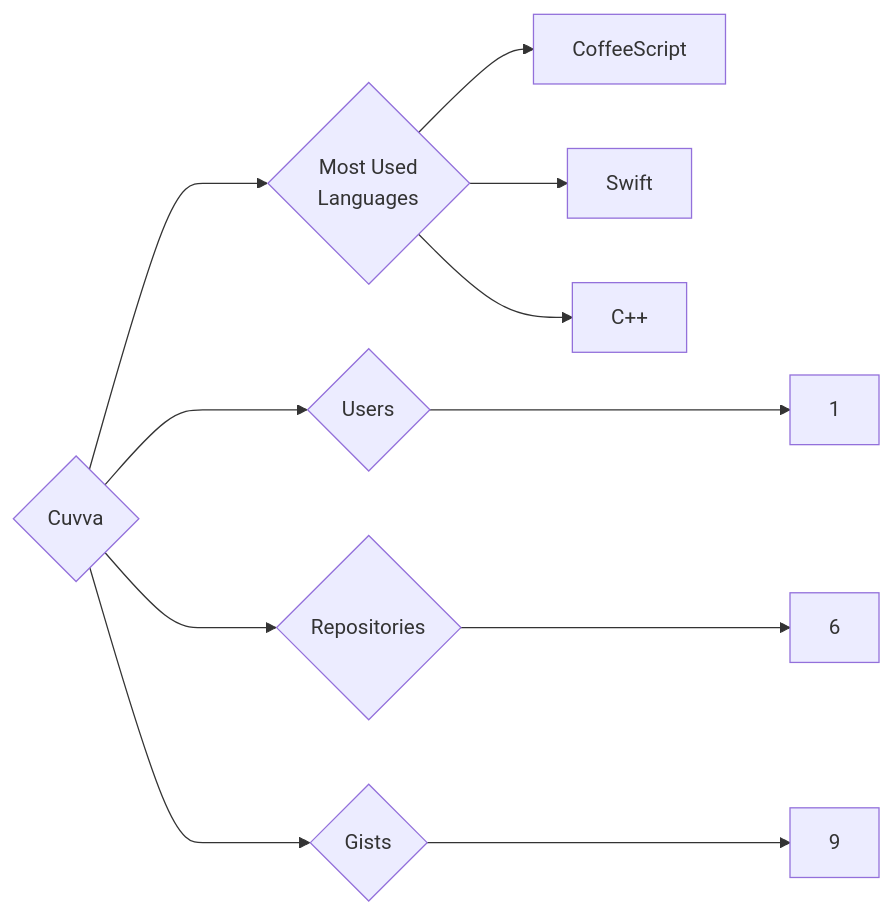
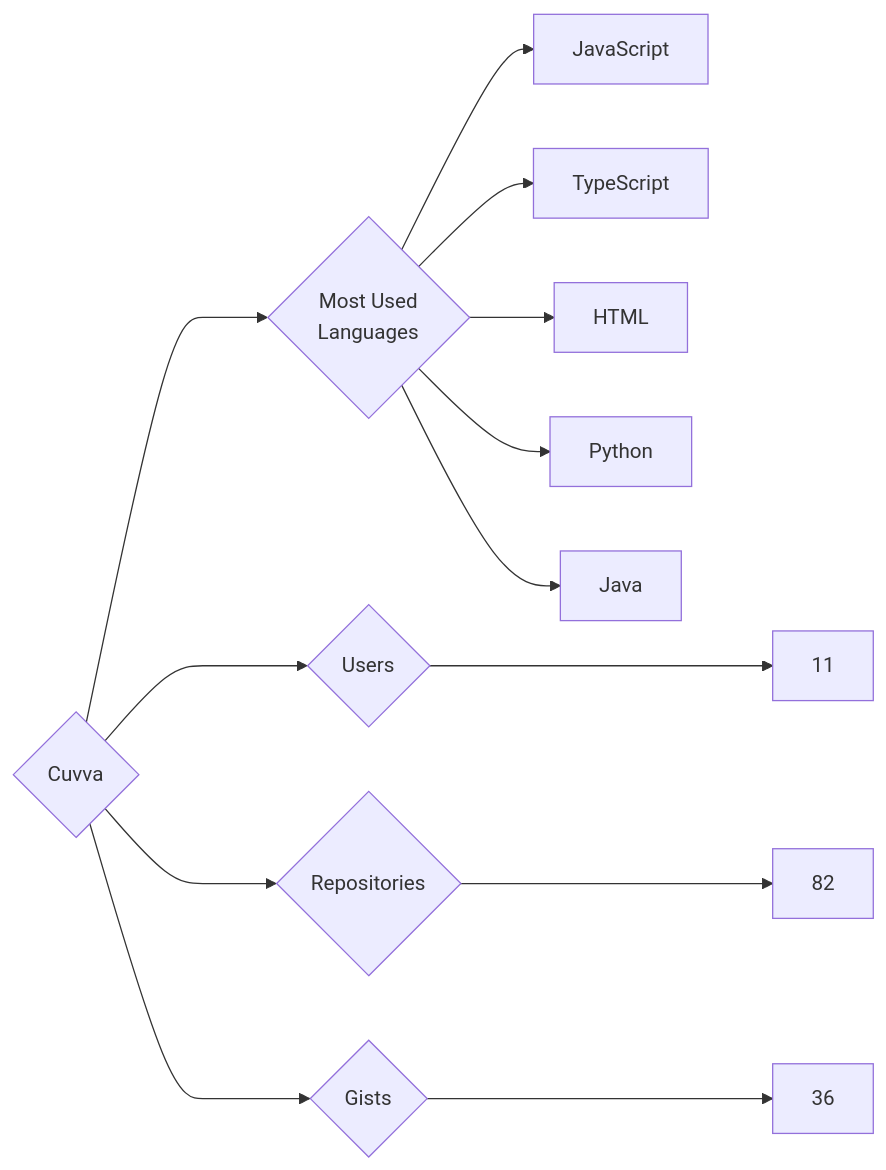
Before and after one commit to trickest/insiders: the diagram in targets/Cuvva/README.md, drawn with Mermaid. The commit also changed 682 other files, not shown here.

````diff
--- a/targets/Cuvva/README.md
+++ b/targets/Cuvva/README.md
@@ -3,11 +3,13 @@
 ```mermaid
 graph LR
 COMPANY_NAME{Cuvva}
-COMPANY_NAME ---> U{Users} ---> UN[1]
-COMPANY_NAME ---> R{Repositories} ---> RN[6]
-COMPANY_NAME ---> G{Gists} ---> GN[9]
+COMPANY_NAME ---> U{Users} ---> UN[11]
+COMPANY_NAME ---> R{Repositories} ---> RN[82]
+COMPANY_NAME ---> G{Gists} ---> GN[36]
 COMPANY_NAME ---> ML{Most Used<br>Languages}
-ML --> CoffeeScript[CoffeeScript]
-ML --> Swift[Swift]
-ML --> C++[C++]
+ML --> JavaScript[JavaScript]
+ML --> TypeScript[TypeScript]
+ML --> HTML[HTML]
+ML --> Python[Python]
+ML --> Java[Java]
 ```
````
